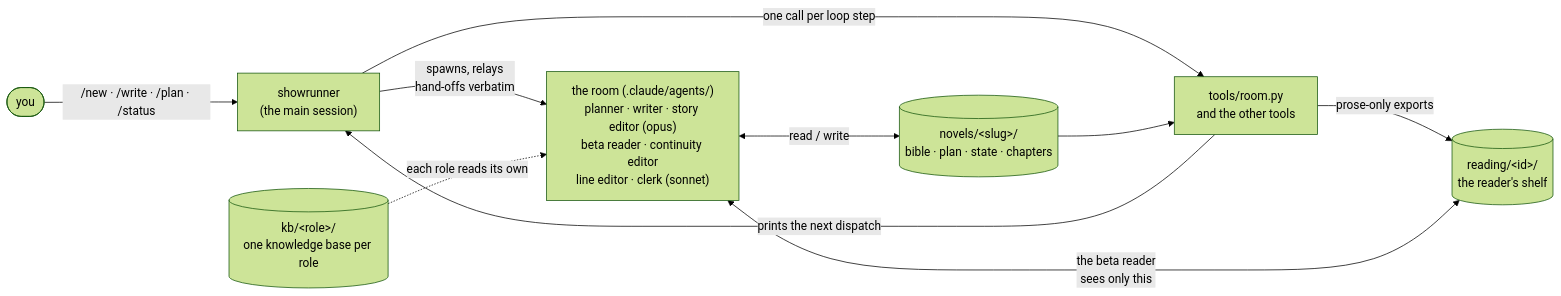
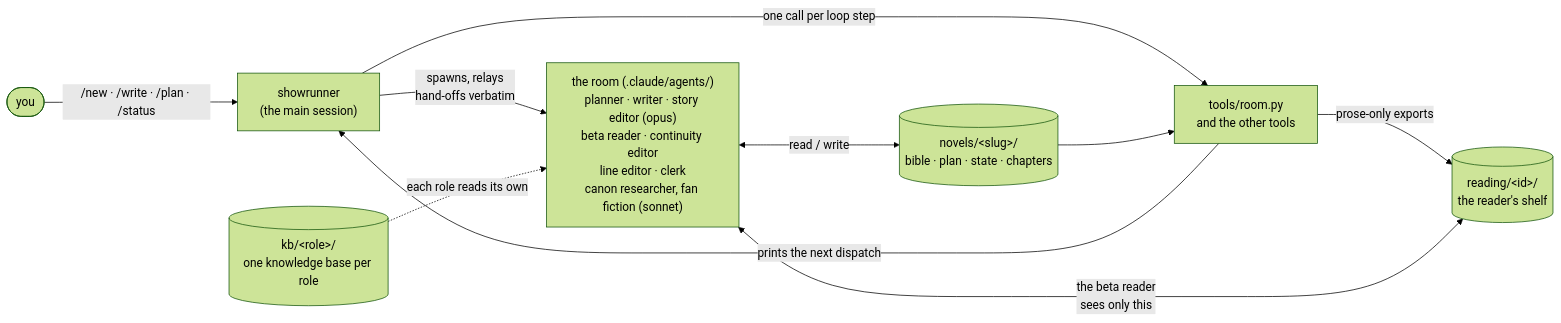
Before and after one commit to Adhin37/ai-top-writer: the first of 6 diagrams in README.md, drawn with Mermaid (forest theme). The commit also changed 29 other files, not shown here.

Commit message:
feat: canon-researcher

````diff
--- a/README.md
+++ b/README.md
@@ -19,12 +19,12 @@
 ```mermaid
 flowchart LR
     U(["you"]) -->|"/new · /write · /plan · /status"| S["showrunner<br/>(the main session)"]
     S -->|"one call per loop step"| T["tools/room.py<br/>and the other tools"]
     T -->|"prints the next dispatch"| S
-    S -->|"spawns, relays<br/>hand-offs verbatim"| R["the room (.claude/agents/)<br/>planner · writer · story editor (opus)<br/>beta reader · continuity editor<br/>line editor · clerk (sonnet)"]
+    S -->|"spawns, relays<br/>hand-offs verbatim"| R["the room (.claude/agents/)<br/>planner · writer · story editor (opus)<br/>beta reader · continuity editor<br/>line editor · clerk<br/>canon researcher, fan fiction (sonnet)"]
     KB[("kb/&lt;role&gt;/<br/>one knowledge base per role")] -.->|"each role reads its own"| R
     R <-->|"read / write"| N[("novels/&lt;slug&gt;/<br/>bible · plan · state · chapters")]
     T -->|"prose-only exports"| RD[("reading/&lt;id&gt;/<br/>the reader's shelf")]
     N --> T
     R <-->|"the beta reader<br/>sees only this"| RD
 ```
````
